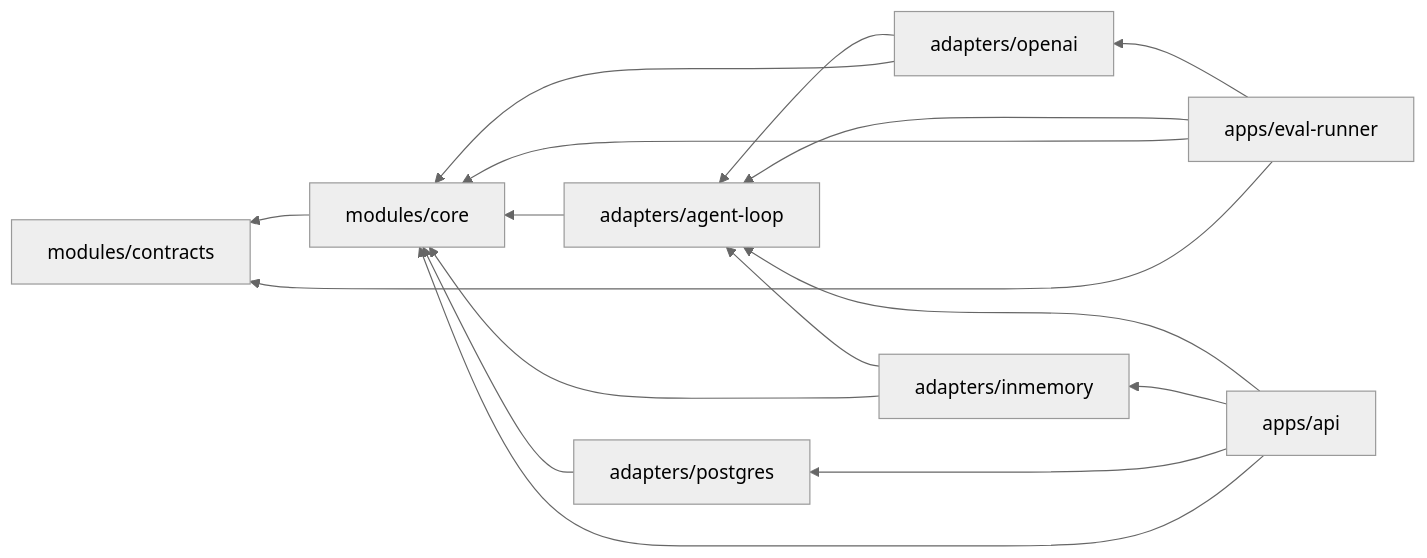
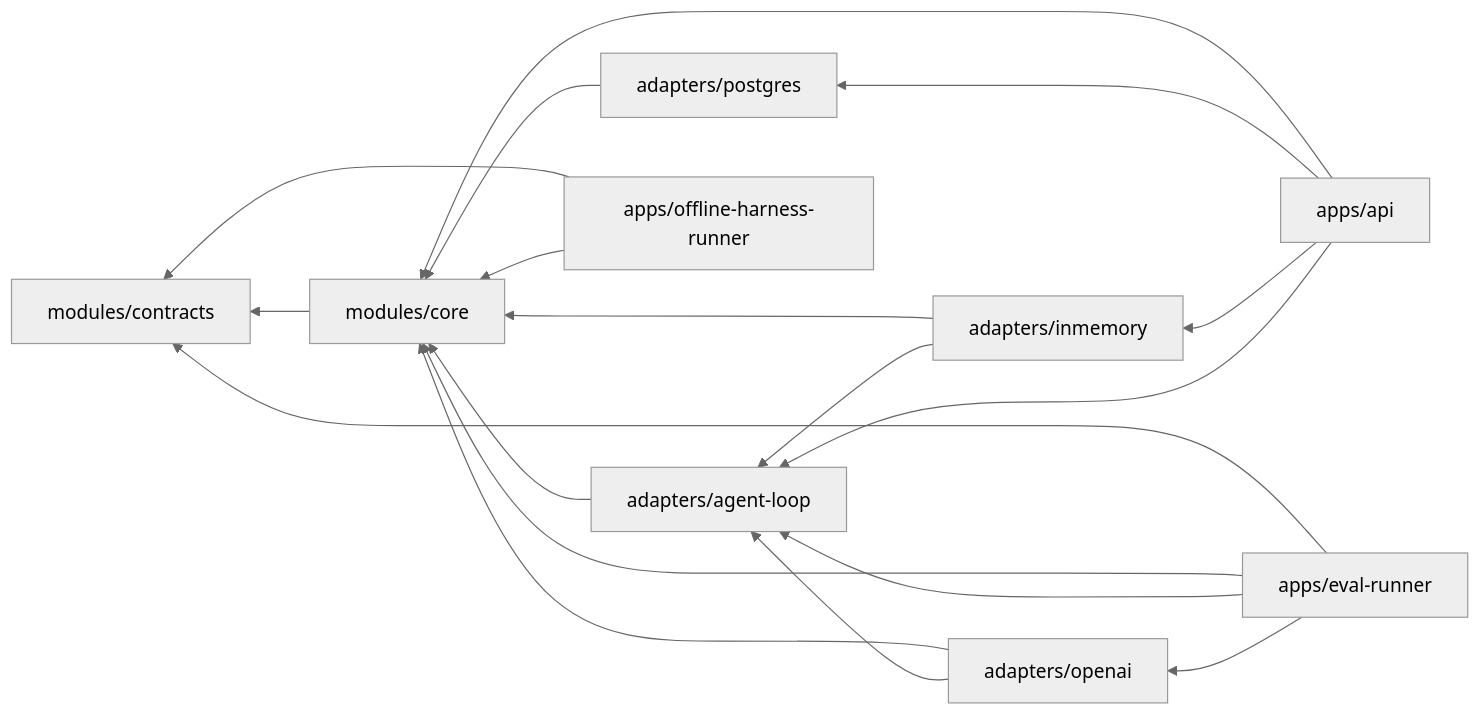
One commit to striveh/emergeos changed the diagram in docs/architecture/module-map.md. Above: the diagram before and after it, drawn with Mermaid (neutral theme). The commit also changed other lines of this file and 5 other files, not shown here.

````diff
--- a/docs/architecture/module-map.md
+++ b/docs/architecture/module-map.md
@@ -46,27 +52,30 @@
 ```mermaid
 flowchart RL
   API["apps/api"]
   LOOP["adapters/agent-loop"]
   MEM["adapters/inmemory"]
   PG["adapters/postgres"]
   OAI["adapters/openai"]
   EVAL["apps/eval-runner"]
+  OEVAL["apps/offline-harness-runner"]
   CORE["modules/core"]
   CT["modules/contracts"]
 
   API --> LOOP
   API --> MEM
   API --> PG
   API --> CORE
   MEM --> LOOP
   OAI --> LOOP
   OAI --> CORE
   EVAL --> OAI
   EVAL --> LOOP
   EVAL --> CORE
   EVAL --> CT
+  OEVAL --> CORE
+  OEVAL --> CT
   LOOP --> CORE
   MEM --> CORE
   PG --> CORE
   CORE --> CT
 ```
````
